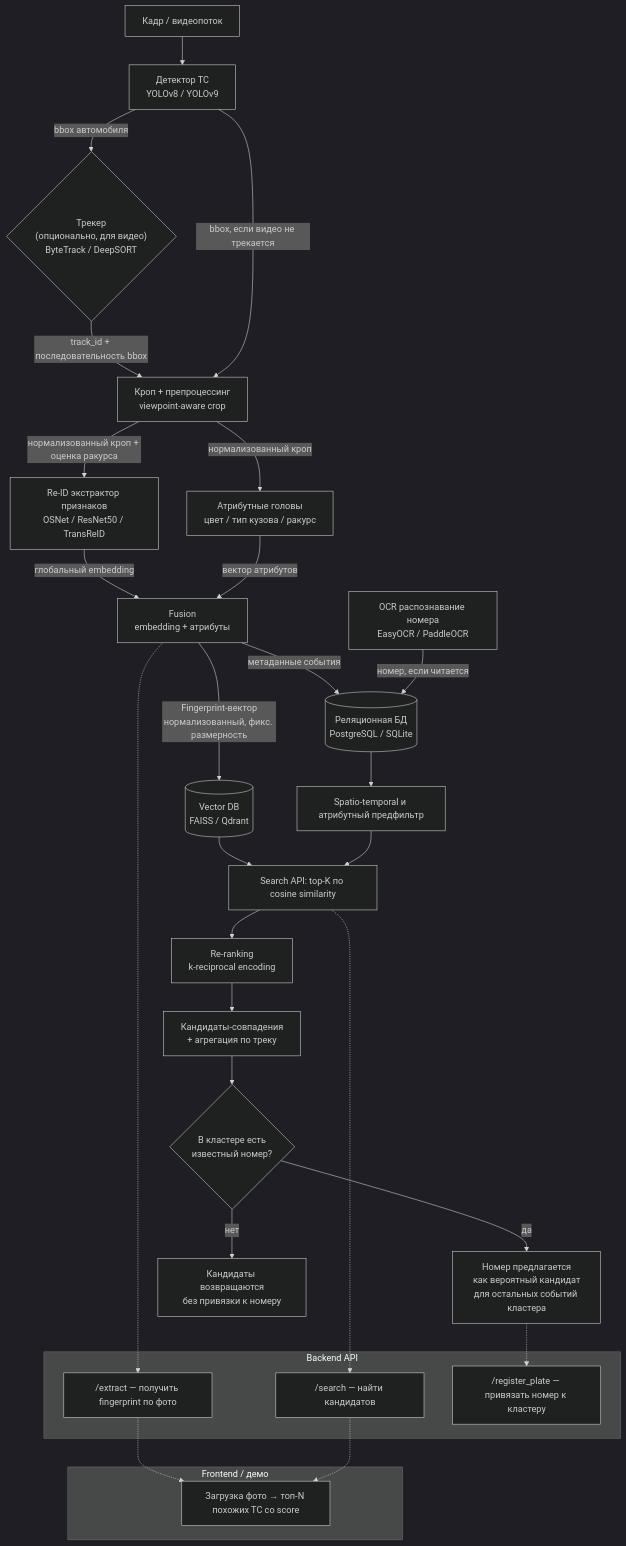
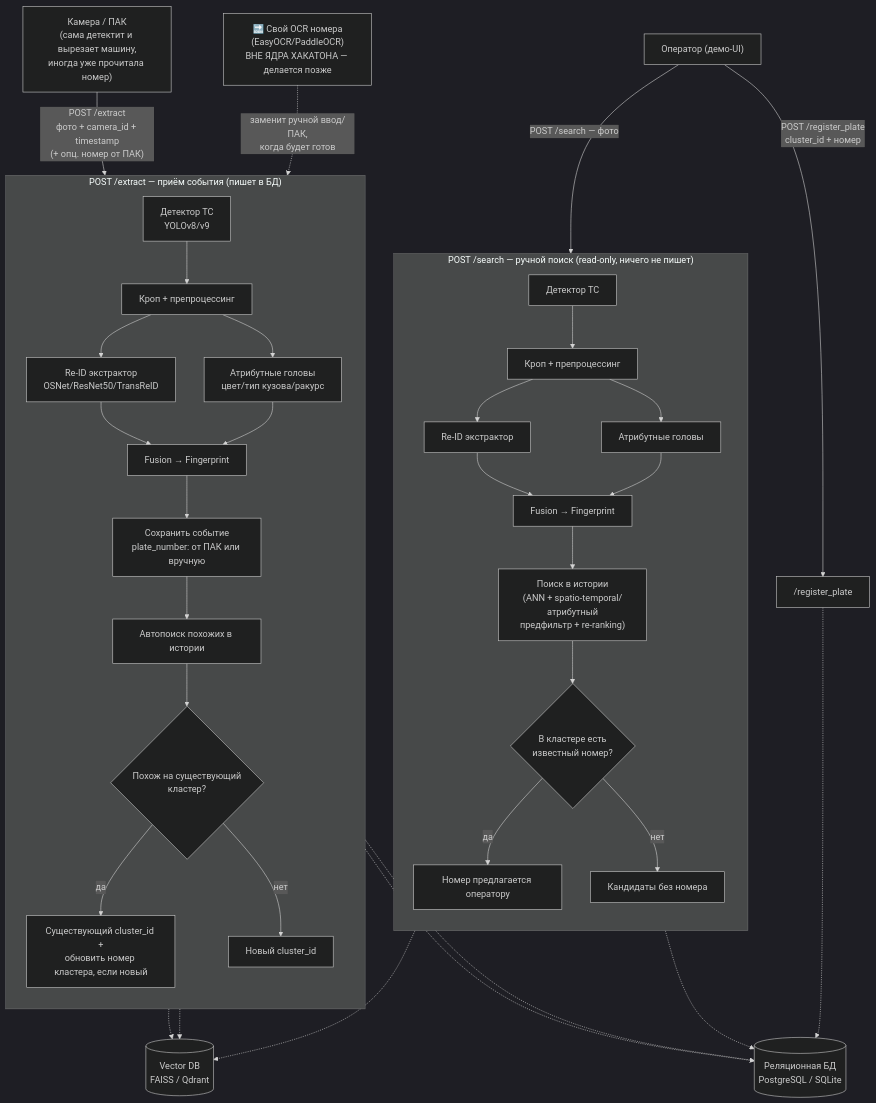
Before and after one commit to ladmol/LCT: the diagram in docs/architecture.md, drawn with Mermaid (dark theme). The commit also changed other lines of this file and 60 other files, not shown here.

````diff
--- a/docs/architecture.md
+++ b/docs/architecture.md
@@ -11,40 +15,43 @@
 ```mermaid
 flowchart TD
-    A[Кадр / видеопоток] --> B["Детектор ТС<br/>YOLOv8 / YOLOv9"]
-    B -->|bbox автомобиля| C{"Трекер<br/>(опционально, для видео)<br/>ByteTrack / DeepSORT"}
-    C -->|track_id + последовательность bbox| D["Кроп + препроцессинг<br/>viewpoint-aware crop"]
-    B -->|bbox, если видео не трекается| D
-    D -->|нормализованный кроп + оценка ракурса| E["Re-ID экстрактор признаков<br/>OSNet / ResNet50 / TransReID"]
-    D -->|нормализованный кроп| F["Атрибутные головы<br/>цвет / тип кузова / ракурс"]
-    E -->|глобальный embedding| G["Fusion<br/>embedding + атрибуты"]
-    F -->|вектор атрибутов| G
-    G -->|Fingerprint-вектор<br/>нормализованный, фикс. размерность| H[("Vector DB<br/>FAISS / Qdrant")]
-    G -->|метаданные события| I[("Реляционная БД<br/>PostgreSQL / SQLite")]
-    J["OCR распознавание номера<br/>EasyOCR / PaddleOCR"] -->|номер, если читается| I
+    CAM["Камера / ПАК<br/>(сама детектит и вырезает машину,<br/>иногда уже прочитала номер)"] -->|"POST /extract<br/>фото + camera_id + timestamp<br/>(+ опц. номер от ПАК)"| EXTRACT
+    OP["Оператор (демо-UI)"] -->|"POST /search — фото"| SEARCH
+    OP -->|"POST /register_plate<br/>cluster_id + номер"| REGISTER["/register_plate"]
 
-    H --> K["Search API: top-K по cosine similarity"]
-    I --> L["Spatio-temporal и атрибутный предфильтр"]
-    L --> K
-    K --> M["Re-ranking<br/>k-reciprocal encoding"]
-    M --> N["Кандидаты-совпадения<br/>+ агрегация по треку"]
-    N --> O{"В кластере есть<br/>известный номер?"}
-    O -->|да| P["Номер предлагается<br/>как вероятный кандидат<br/>для остальных событий кластера"]
-    O -->|нет| Q["Кандидаты возвращаются<br/>без привязки к номеру"]
-
-    subgraph "Backend API"
-        R["/extract — получить fingerprint по фото"]
-        S["/search — найти кандидатов"]
-        T["/register_plate — привязать номер к кластеру"]
+    subgraph EXTRACT["POST /extract — приём события (пишет в БД)"]
+        direction TB
+        B1["Детектор ТС<br/>YOLOv8/v9"] --> D1["Кроп + препроцессинг"]
+        D1 --> E1["Re-ID экстрактор<br/>OSNet/ResNet50/TransReID"]
+        D1 --> F1["Атрибутные головы<br/>цвет/тип кузова/ракурс"]
+        E1 --> G1["Fusion → Fingerprint"]
+        F1 --> G1
+        G1 --> SAVE["Сохранить событие<br/>plate_number: от ПАК или вручную"]
+        SAVE --> MATCH1["Автопоиск похожих в истории"]
+        MATCH1 --> CLUSTER{"Похож на существующий<br/>кластер?"}
+        CLUSTER -->|да| ASSIGN["Существующий cluster_id +<br/>обновить номер кластера, если новый"]
+        CLUSTER -->|нет| NEWCL["Новый cluster_id"]
     end
 
-    G -.-> R
-    K -.-> S
-    P -.-> T
+    J1["🔜 Свой OCR номера<br/>(EasyOCR/PaddleOCR)<br/>ВНЕ ЯДРА ХАКАТОНА — делается позже"] -.->|заменит ручной ввод/ПАК,<br/>когда будет готов| SAVE
 
-    subgraph "Frontend / демо"
-        U["Загрузка фото → топ-N похожих ТС со score"]
+    subgraph SEARCH["POST /search — ручной поиск (read-only, ничего не пишет)"]
+        direction TB
+        B2["Детектор ТС"] --> D2["Кроп + препроцессинг"]
+        D2 --> E2["Re-ID экстрактор"]
+        D2 --> F2["Атрибутные головы"]
+        E2 --> G2["Fusion → Fingerprint"]
+        F2 --> G2
+        G2 --> MATCH2["Поиск в истории<br/>(ANN + spatio-temporal/атрибутный<br/>предфильтр + re-ranking)"]
+        MATCH2 --> RESULT{"В кластере есть<br/>известный номер?"}
+        RESULT -->|да| SUGGEST["Номер предлагается оператору"]
+        RESULT -->|нет| PLAIN["Кандидаты без номера"]
     end
 
-    R -.-> U
-    S -.-> U
+    SAVE -.-> VDB[("Vector DB<br/>FAISS / Qdrant")]
+    SAVE -.-> RDB[("Реляционная БД<br/>PostgreSQL / SQLite")]
+    MATCH1 -.-> VDB
+    MATCH2 -.-> VDB
+    MATCH2 -.-> RDB
+    ASSIGN -.-> RDB
+    REGISTER -.-> RDB
 ```
````
